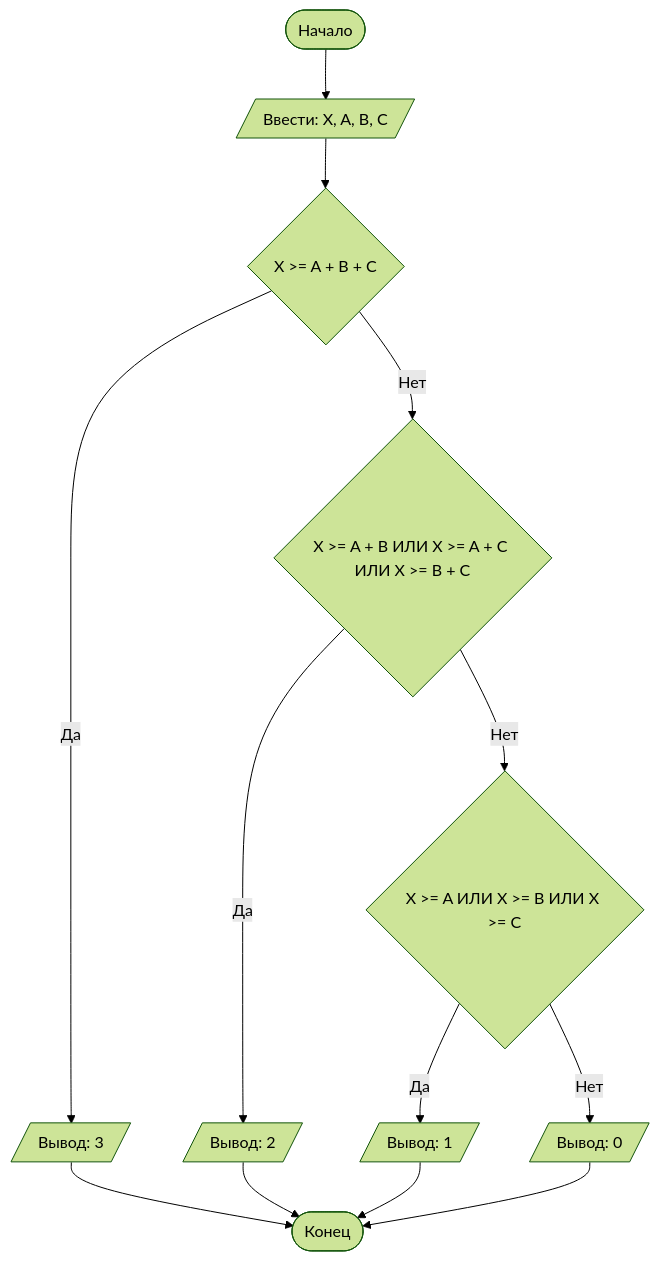
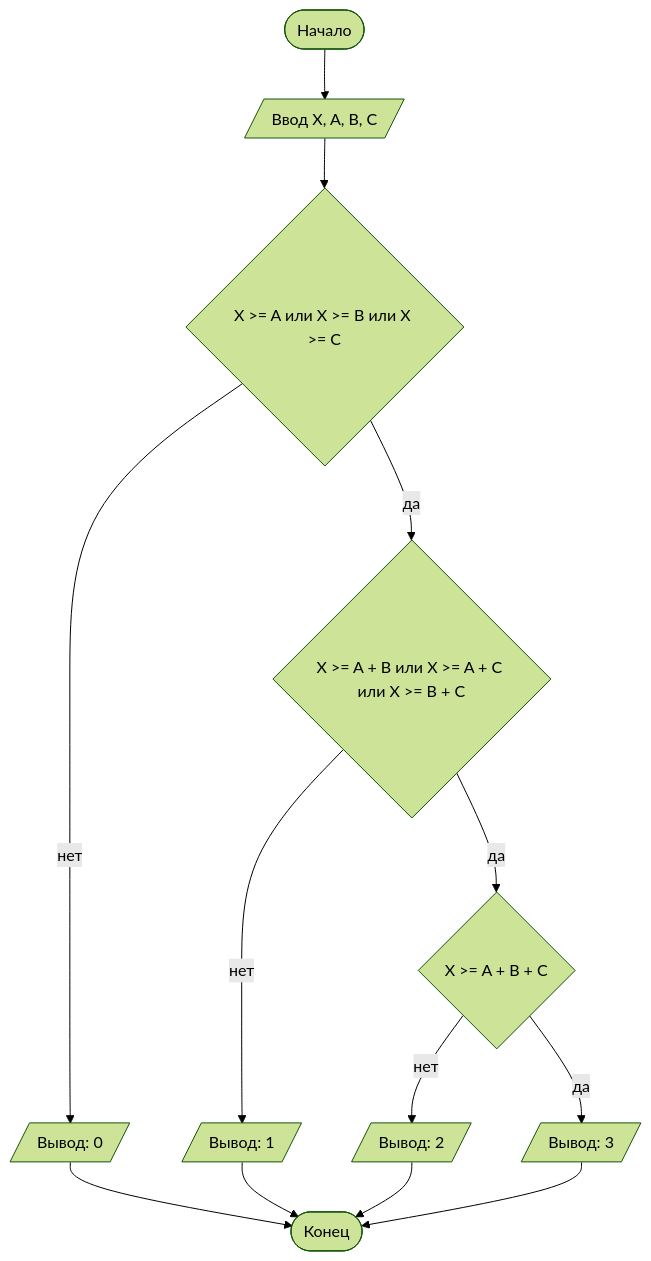
The diagram in README.md (pm2601student/LAB1), drawn with Mermaid (forest theme) before and after one commit. The commit also changed other lines of this file, not shown here.

````diff
--- a/README.md
+++ b/README.md
@@ -43,15 +76,15 @@
 ```mermaid
 graph TD
-    A([Начало]) --> B[/Ввести: X, A, B, C/]
-    B --> C{X >= A + B + C}
-    C -- Да --> D[/Вывод: 3/]
-    C -- Нет --> E{X >= A + B ИЛИ X >= A + C ИЛИ X >= B + C}
-    E -- Да --> F[/Вывод: 2/]
-    E -- Нет --> G{X >= A ИЛИ X >= B ИЛИ X >= C}
-    G -- Да --> H[/Вывод: 1/]
-    G -- Нет --> I[/Вывод: 0/]
+    A([Начало]) --> B[/Ввод X, A, B, C/]
+    B --> C{X >= A или X >= B или X >= C}
+    C -- нет --> D[/Вывод: 0/]
+    C -- да --> E{X >= A + B или X >= A + C или X >= B + C}
+    E -- нет --> F[/Вывод: 1/]
+    E -- да --> G{X >= A + B + C}
+    G -- нет --> H[/Вывод: 2/]
+    G -- да --> I[/Вывод: 3/]
     D --> Z([Конец])
     F --> Z
     H --> Z
     I --> Z
 ```
````
